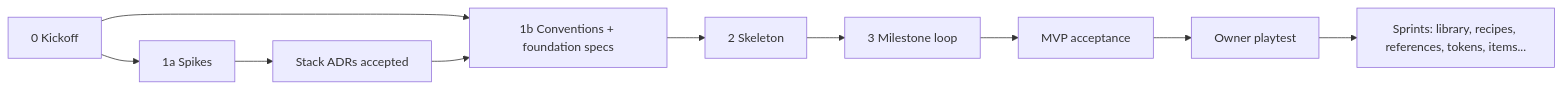
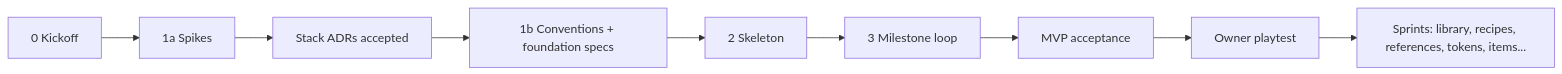
The first of 2 diagrams in docs/roadmap.md (szymonbalasz/pocket-forge), drawn with Mermaid before and after one commit. The commit also changed other lines of this file and 10 other files, not shown here.

Commit message:
Phase 1b setup: spec stubs, seams, AGENTS §9 draft, roadmap

````diff
--- a/docs/roadmap.md
+++ b/docs/roadmap.md
@@ -5,12 +5,9 @@
 ```mermaid
 graph LR
-  K[0 Kickoff] --> SP[1a Spikes]
-  K --> C[1b Conventions + foundation specs]
-  SP --> ADR[Stack ADRs accepted]
-  ADR --> C
+  K[0 Kickoff] --> SP[1a Spikes] --> ADR[Stack ADRs accepted] --> C[1b Conventions + foundation specs]
   C --> S[2 Skeleton]
   S --> M1[3 Milestone loop]
   M1 --> A[MVP acceptance]
   A --> P[Owner playtest]
   P --> SR[Sprints: library, recipes, references, tokens, items...]
 ```
````
